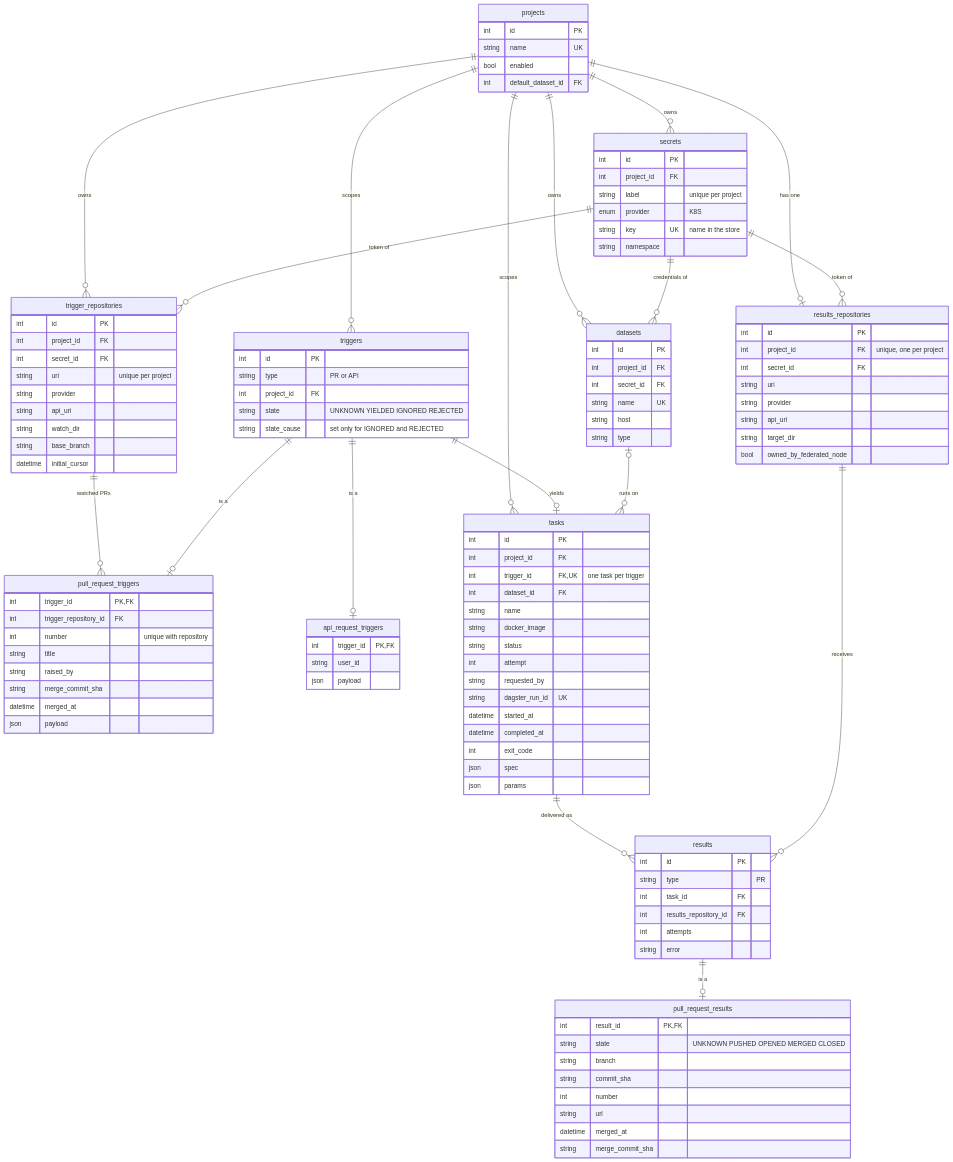
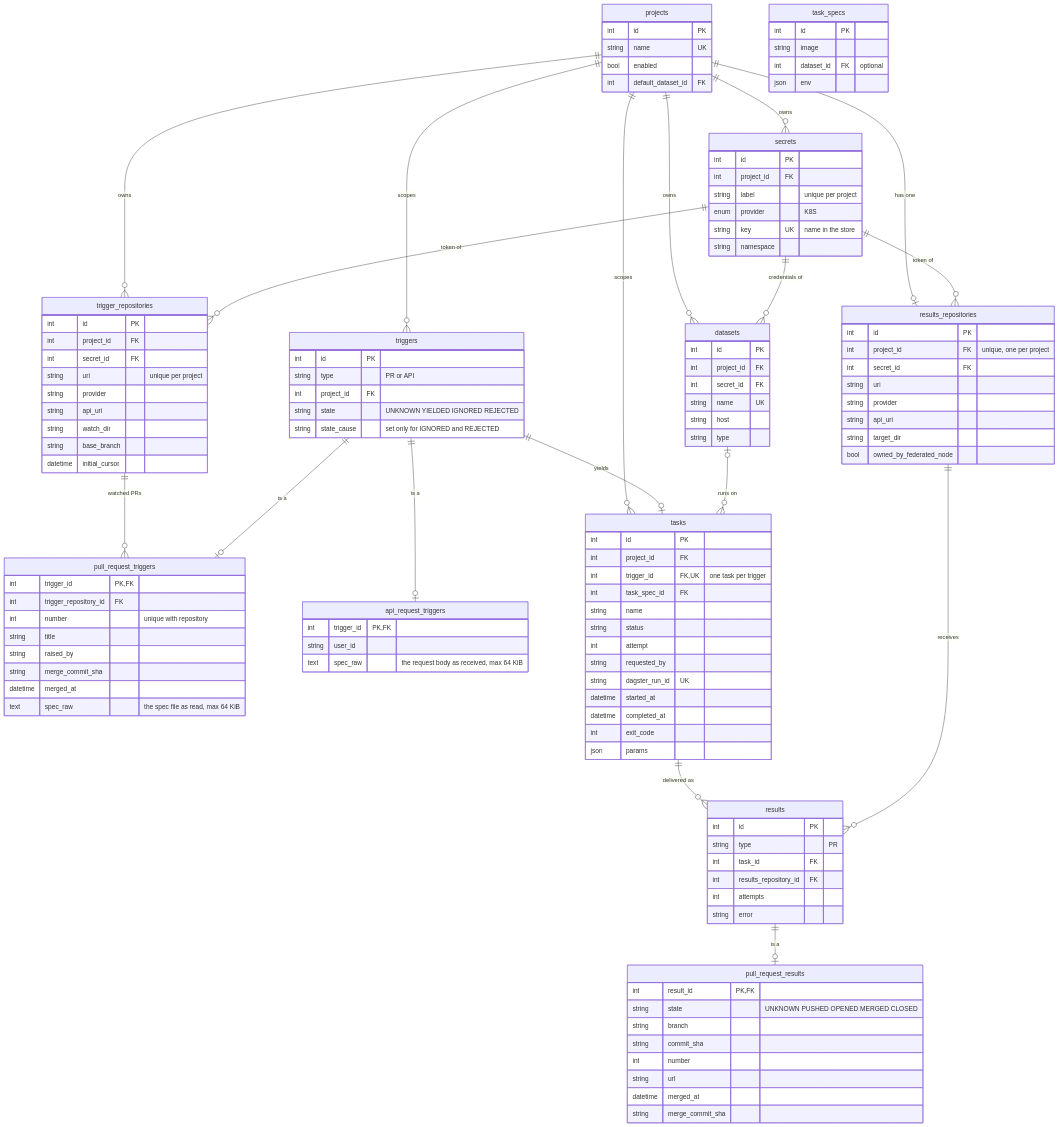
The first of 5 diagrams in docs/architecture/entities.md (Aridhia-Open-Source/PHEMS_federated_node), drawn with Mermaid before and after one commit. The commit also changed other lines of this file and 50 other files, not shown here.

First line of the commit message:
Task spec as its own table; raw spec kept on the trigger

```diff
--- a/docs/architecture/entities.md
+++ b/docs/architecture/entities.md
@@ -66,20 +66,19 @@
         string raised_by
         string merge_commit_sha
         datetime merged_at
-        json payload
+        text spec_raw "the spec file as read, max 64 KiB"
     }
     api_request_triggers {
         int trigger_id PK, FK
         string user_id
-        json payload
+        text spec_raw "the request body as received, max 64 KiB"
     }
     tasks {
         int id PK
         int project_id FK
         int trigger_id FK, UK "one task per trigger"
-        int dataset_id FK
+        int task_spec_id FK
         string name
-        string docker_image
         string status
         int attempt
         string requested_by
@@ -87,8 +86,13 @@
         datetime started_at
         datetime completed_at
         int exit_code
-        json spec
         json params
+    }
+    task_specs {
+        int id PK
+        string image
+        int dataset_id FK "optional"
+        json env
     }
     results {
         int id PK
```
